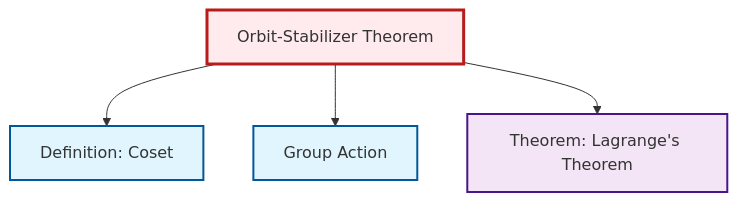
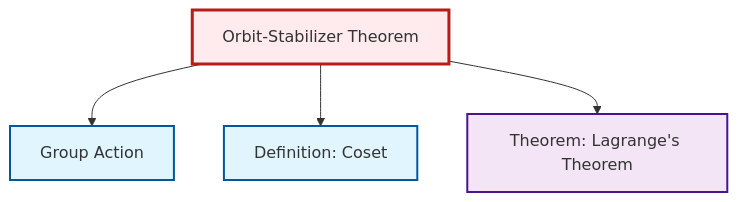
Before and after one commit to RK0429/ModernMath: the diagram in content/ja/algebra/thm-orbit-stabilizer.qmd, drawn with Mermaid. The commit also changed other lines of this file and 18 other files, not shown here.

````diff
--- a/content/ja/algebra/thm-orbit-stabilizer.qmd
+++ b/content/ja/algebra/thm-orbit-stabilizer.qmd
@@ -61,20 +61,20 @@
 ```{mermaid}
 %%| fig-cap: "Local dependency graph"
 graph TD
     classDef definition fill:#e1f5fe,stroke:#01579b,stroke-width:2px
     classDef theorem fill:#f3e5f5,stroke:#4a148c,stroke-width:2px
     classDef axiom fill:#fff3e0,stroke:#e65100,stroke-width:2px
     classDef example fill:#e8f5e9,stroke:#1b5e20,stroke-width:2px
     classDef current fill:#ffebee,stroke:#b71c1c,stroke-width:3px
-    def-group-action["Group Action"]:::definition
     thm-lagrange["Theorem: Lagrange's Theorem"]:::theorem
     thm-orbit-stabilizer["Orbit-Stabilizer Theorem"]:::theorem
     def-coset["Definition: Coset"]:::definition
+    def-group-action["Group Action"]:::definition
+    thm-orbit-stabilizer --> def-group-action
     thm-orbit-stabilizer --> def-coset
-    thm-orbit-stabilizer --> def-group-action
     thm-orbit-stabilizer --> thm-lagrange
     class thm-orbit-stabilizer current
-    click def-group-action "def-group-action.html" "Group Actionへ"
     click thm-lagrange "thm-lagrange.html" "Theorem: Lagrange's Theoremへ"
     click def-coset "def-coset.html" "Definition: Cosetへ"
+    click def-group-action "def-group-action.html" "Group Actionへ"
 ```
````
